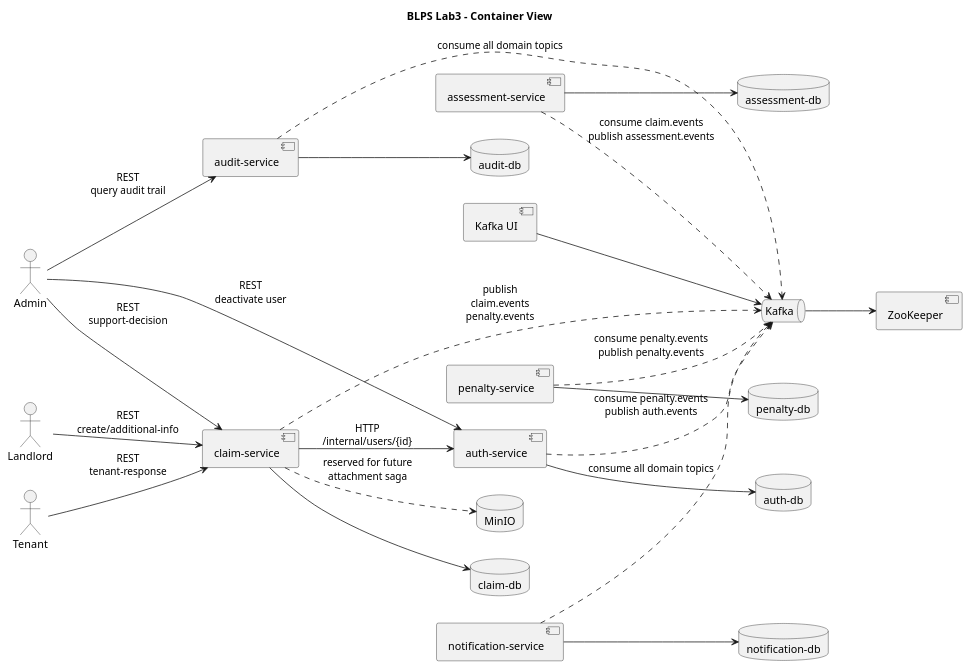
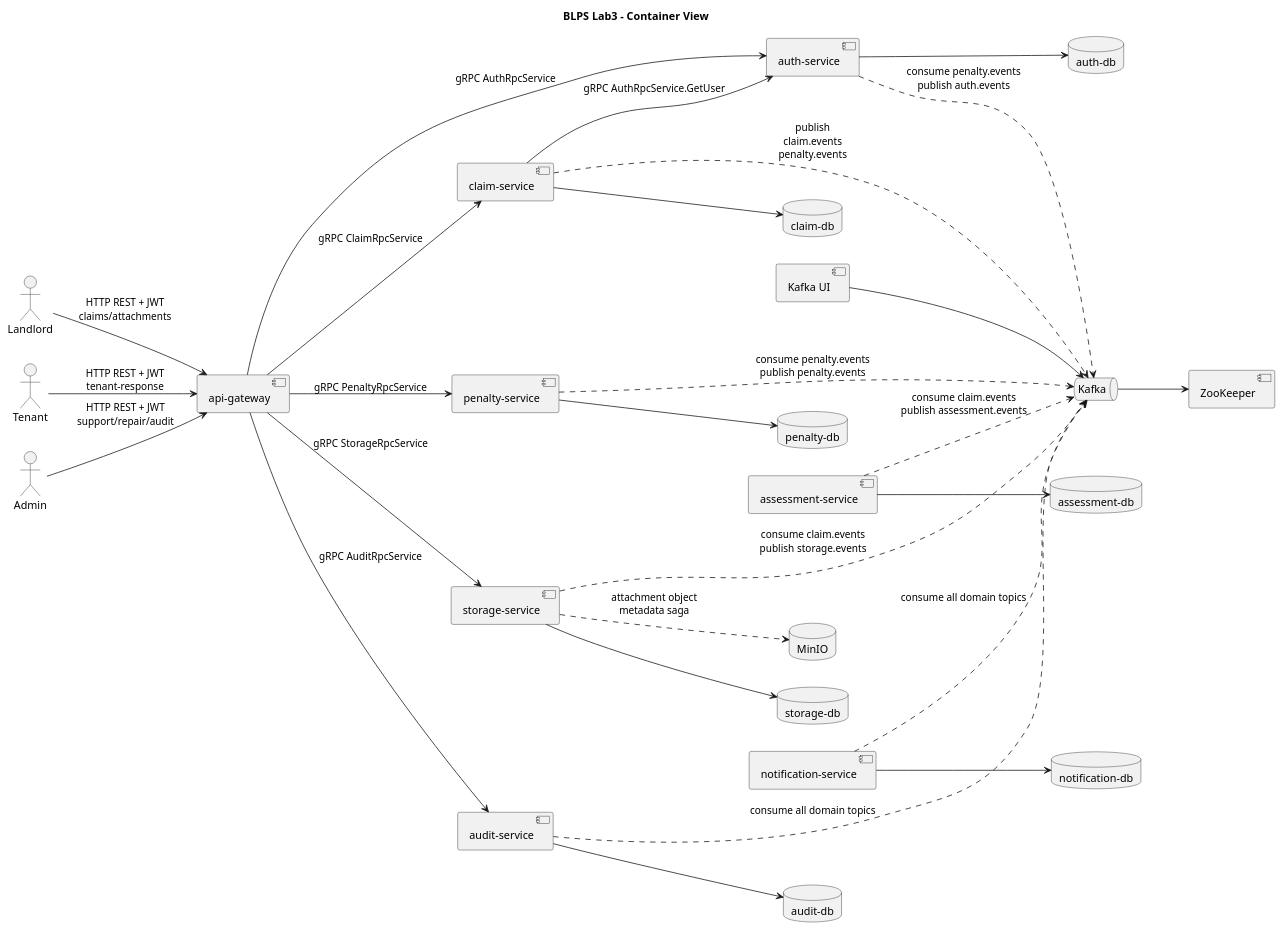
The diagram in docs/uml/container-view.puml (r4m63/blps-itmo), drawn with PlantUML before and after one commit. The commit also changed 110 other files, not shown here.

```diff
--- a/docs/uml/container-view.puml
+++ b/docs/uml/container-view.puml
@@ -1,57 +1,66 @@
 @startuml
 title BLPS Lab3 - Container View
 
 left to right direction
 skinparam packageStyle rectangle
 skinparam shadowing false
 
 actor Landlord
 actor Tenant
 actor Admin
 
 component "claim-service" as Claim
+component "api-gateway" as Gateway
 component "auth-service" as Auth
 component "assessment-service" as Assessment
 component "penalty-service" as Penalty
+component "storage-service" as Storage
 component "notification-service" as Notification
 component "audit-service" as Audit
 
 queue "Kafka" as Kafka
 component "Kafka UI" as KafkaUI
 component "ZooKeeper" as ZK
 database "MinIO" as MinIO
 
 database "claim-db" as ClaimDB
 database "auth-db" as AuthDB
 database "assessment-db" as AssessmentDB
 database "penalty-db" as PenaltyDB
+database "storage-db" as StorageDB
 database "notification-db" as NotificationDB
 database "audit-db" as AuditDB
 
-Landlord --> Claim : REST\ncreate/additional-info
-Tenant --> Claim : REST\ntenant-response
-Admin --> Claim : REST\nsupport-decision
-Admin --> Auth : REST\ndeactivate user
-Admin --> Audit : REST\nquery audit trail
+Landlord --> Gateway : HTTP REST + JWT\nclaims/attachments
+Tenant --> Gateway : HTTP REST + JWT\ntenant-response
+Admin --> Gateway : HTTP REST + JWT\nsupport/repair/audit
 
-Claim --> Auth : HTTP\n/internal/users/{id}
+Gateway --> Claim : gRPC ClaimRpcService
+Gateway --> Auth : gRPC AuthRpcService
+Gateway --> Penalty : gRPC PenaltyRpcService
+Gateway --> Storage : gRPC StorageRpcService
+Gateway --> Audit : gRPC AuditRpcService
+
+Claim --> Auth : gRPC AuthRpcService.GetUser
 
 Claim --> ClaimDB
 Auth --> AuthDB
 Assessment --> AssessmentDB
 Penalty --> PenaltyDB
+Storage --> StorageDB
 Notification --> NotificationDB
 Audit --> AuditDB
 
 Claim ..> Kafka : publish\nclaim.events\npenalty.events
 Assessment ..> Kafka : consume claim.events\npublish assessment.events
 Penalty ..> Kafka : consume penalty.events\npublish penalty.events
+Storage ..> Kafka : consume claim.events\npublish storage.events
 Auth ..> Kafka : consume penalty.events\npublish auth.events
 Notification ..> Kafka : consume all domain topics
 Audit ..> Kafka : consume all domain topics
 
 KafkaUI --> Kafka
 Kafka --> ZK
-Claim ..> MinIO : reserved for future\nattachment saga
+Storage ..> MinIO : attachment object\nmetadata saga
 
 @enduml
```
